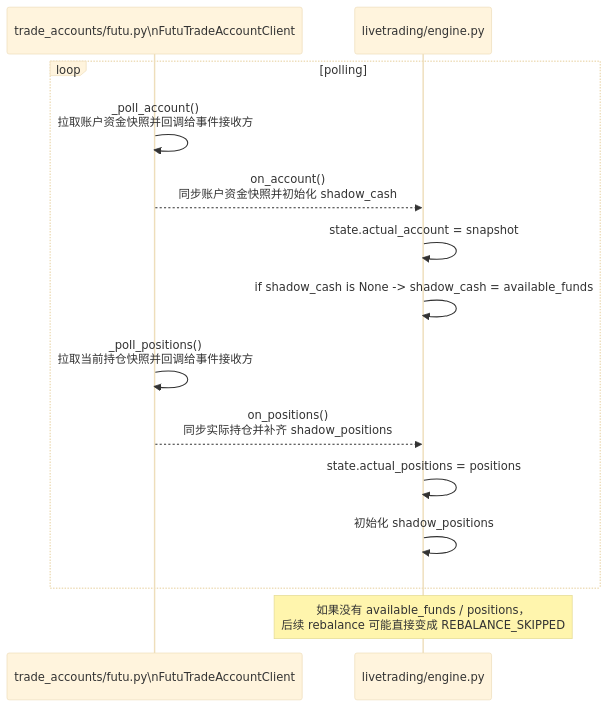
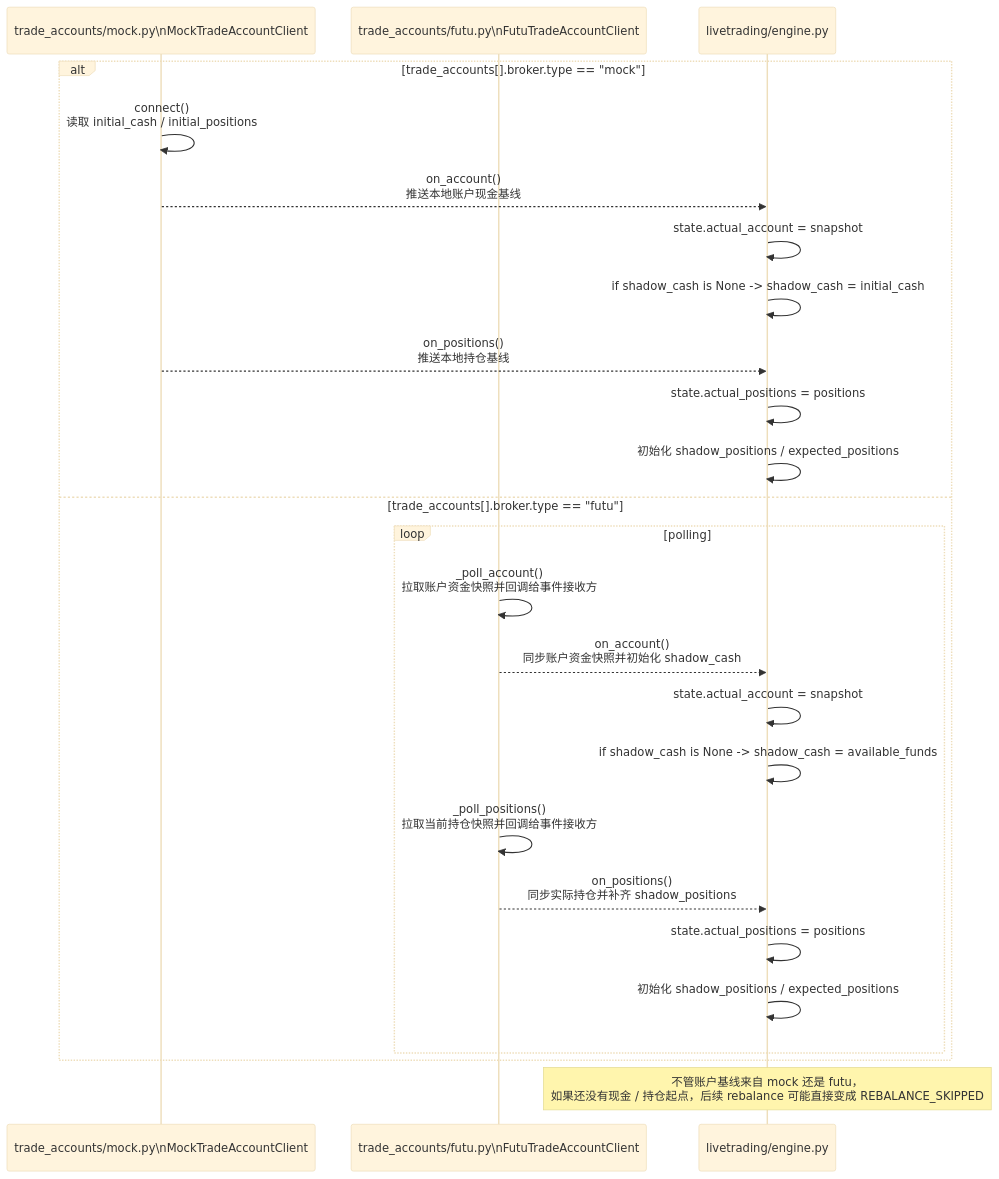
One commit to hangchow/backtest changed the third of 7 diagrams in docs/README_livetrading_sequence.md. Above: the diagram before and after it, drawn with Mermaid (base theme). The commit also changed other lines of this file and 33 other files, not shown here.

Commit message:
Refactor livetrading config and execution flow

````diff
--- a/docs/README_livetrading_sequence.md
+++ b/docs/README_livetrading_sequence.md
@@ -133,19 +148,30 @@
 ```mermaid
 sequenceDiagram
+    participant TM as trade_accounts/mock.py\nMockTradeAccountClient
     participant TB as trade_accounts/futu.py\nFutuTradeAccountClient
     participant ENG as livetrading/engine.py
 
-    loop polling
-        TB->>TB: _poll_account()<br/>拉取账户资金快照并回调给事件接收方
-        TB-->>ENG: on_account()<br/>同步账户资金快照并初始化 shadow_cash
+    alt trade_accounts[].broker.type == "mock"
+        TM->>TM: connect()<br/>读取 initial_cash / initial_positions
+        TM-->>ENG: on_account()<br/>推送本地账户现金基线
         ENG->>ENG: state.actual_account = snapshot
-        ENG->>ENG: if shadow_cash is None -> shadow_cash = available_funds
+        ENG->>ENG: if shadow_cash is None -> shadow_cash = initial_cash
+        TM-->>ENG: on_positions()<br/>推送本地持仓基线
+        ENG->>ENG: state.actual_positions = positions
+        ENG->>ENG: 初始化 shadow_positions / expected_positions
+    else trade_accounts[].broker.type == "futu"
+        loop polling
+            TB->>TB: _poll_account()<br/>拉取账户资金快照并回调给事件接收方
+            TB-->>ENG: on_account()<br/>同步账户资金快照并初始化 shadow_cash
+            ENG->>ENG: state.actual_account = snapshot
+            ENG->>ENG: if shadow_cash is None -> shadow_cash = available_funds
 
-        TB->>TB: _poll_positions()<br/>拉取当前持仓快照并回调给事件接收方
-        TB-->>ENG: on_positions()<br/>同步实际持仓并补齐 shadow_positions
-        ENG->>ENG: state.actual_positions = positions
-        ENG->>ENG: 初始化 shadow_positions
+            TB->>TB: _poll_positions()<br/>拉取当前持仓快照并回调给事件接收方
+            TB-->>ENG: on_positions()<br/>同步实际持仓并补齐 shadow_positions
+            ENG->>ENG: state.actual_positions = positions
+            ENG->>ENG: 初始化 shadow_positions / expected_positions
+        end
     end
 
-    Note over ENG: 如果没有 available_funds / positions，<br/>后续 rebalance 可能直接变成 REBALANCE_SKIPPED
+    Note over ENG: 不管账户基线来自 mock 还是 futu，<br/>如果还没有现金 / 持仓起点，后续 rebalance 可能直接变成 REBALANCE_SKIPPED
 ```
````
